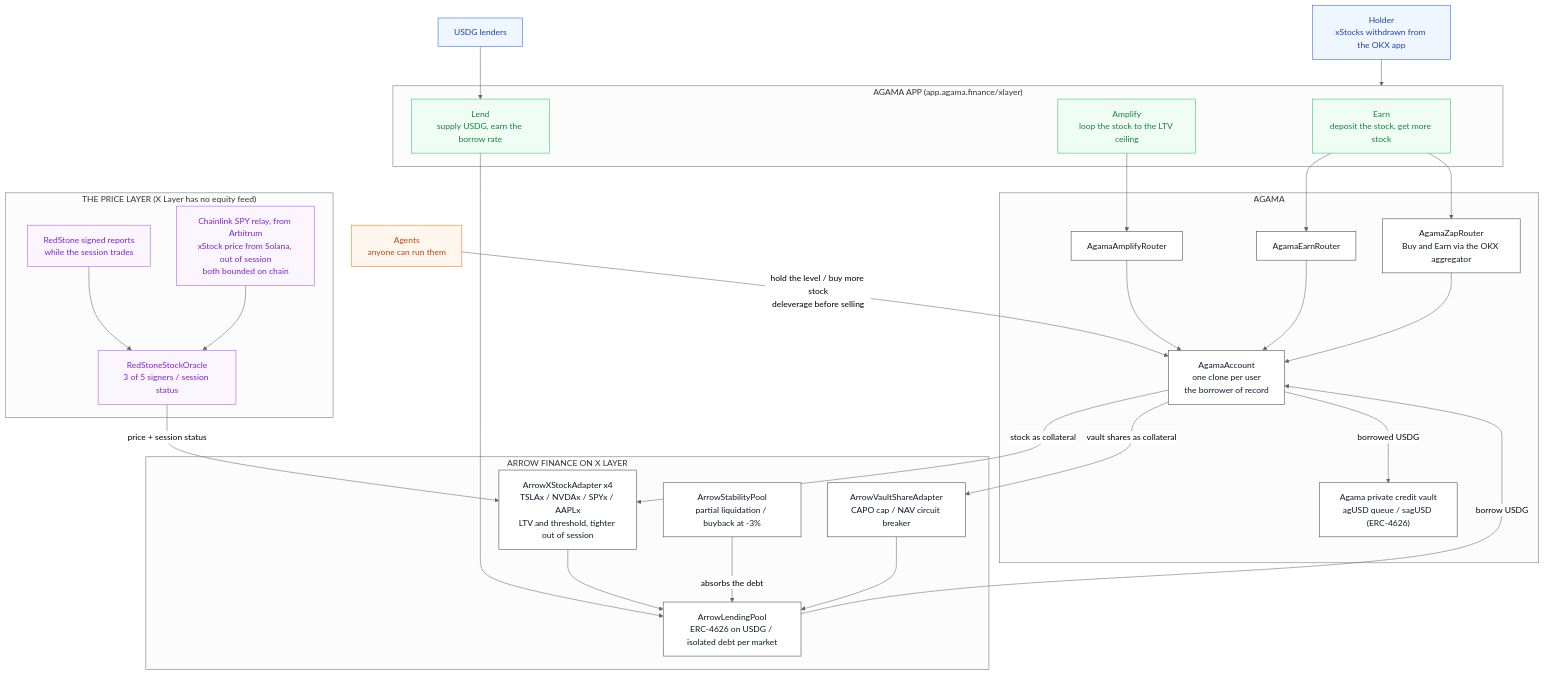
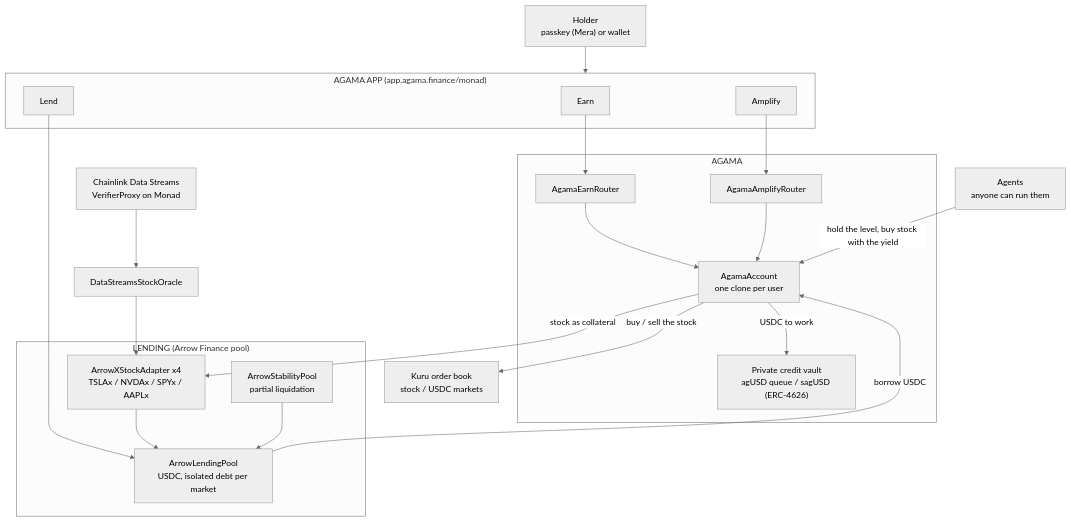
One commit to agamafinance/agama-monad changed the diagram in README.md. Above: the diagram before and after it, drawn with Mermaid (neutral theme). The commit also changed other lines of this file, not shown here.

Commit message:
docs: README for Monad, with the Chainlink, Kuru and CRE pieces and their proofs

````diff
--- a/README.md
+++ b/README.md
@@ -20,66 +87,36 @@
 ```mermaid
 flowchart TB
-    USER["Holder<br/>xStocks withdrawn from the OKX app"]
-
-    subgraph app["AGAMA APP (app.agama.finance/xlayer)"]
-        EARN["Earn<br/>deposit the stock, get more stock"]
-        AMP["Amplify<br/>loop the stock to the LTV ceiling"]
-        LEND["Lend<br/>supply USDG, earn the borrow rate"]
+    USER["Holder<br/>passkey (Mera) or wallet"]
+    subgraph app["AGAMA APP (app.agama.finance/monad)"]
+        EARN["Earn"]
+        AMP["Amplify"]
+        LEND["Lend"]
     end
-
     subgraph agama["AGAMA"]
         ER["AgamaEarnRouter"]
         AR["AgamaAmplifyRouter"]
-        ZR["AgamaZapRouter<br/>Buy and Earn via the OKX aggregator"]
-        AC["AgamaAccount<br/>one clone per user<br/>the borrower of record"]
-        VAULT["Agama private credit vault<br/>agUSD queue / sagUSD (ERC-4626)"]
+        AC["AgamaAccount<br/>one clone per user"]
+        VAULT["Private credit vault<br/>agUSD queue / sagUSD (ERC-4626)"]
     end
-
-    subgraph arrow["ARROW FINANCE ON X LAYER"]
-        POOL["ArrowLendingPool<br/>ERC-4626 on USDG / isolated debt per market"]
-        XA["ArrowXStockAdapter x4<br/>TSLAx / NVDAx / SPYx / AAPLx<br/>LTV and threshold, tighter out of session"]
-        VA["ArrowVaultShareAdapter<br/>CAPO cap / NAV circuit breaker"]
-        SP["ArrowStabilityPool<br/>partial liquidation / buyback at -3%"]
+    subgraph arrow["LENDING (Arrow Finance pool)"]
+        POOL["ArrowLendingPool<br/>USDC, isolated debt per market"]
+        XA["ArrowXStockAdapter x4<br/>TSLAx / NVDAx / SPYx / AAPLx"]
+        SP["ArrowStabilityPool<br/>partial liquidation"]
     end
-
-    subgraph price["THE PRICE LAYER (X Layer has no equity feed)"]
-        ORACLE["RedStoneStockOracle<br/>3 of 5 signers / session status"]
-        RS["RedStone signed reports<br/>while the session trades"]
-        CL["Chainlink SPY relay, from Arbitrum<br/>xStock price from Solana, out of session<br/>both bounded on chain"]
-    end
-
+    KURU["Kuru order book<br/>stock / USDC markets"]
+    ORACLE["DataStreamsStockOracle"]
+    CL["Chainlink Data Streams<br/>VerifierProxy on Monad"]
     AGENTS["Agents<br/>anyone can run them"]
-    LENDERS["USDG lenders"]
 
     USER --> app
-    EARN --> ER
-    AMP --> AR
-    EARN --> ZR
-    ER --> AC
-    AR --> AC
-    ZR --> AC
-    AC -->|"stock as collateral"| XA
-    AC -->|"vault shares as collateral"| VA
-    AC -->|"borrowed USDG"| VAULT
-    XA --> POOL
-    VA --> POOL
-    POOL -->|"borrow USDG"| AC
-    LENDERS --> LEND --> POOL
-    SP -->|"absorbs the debt"| POOL
-    AGENTS -->|"hold the level / buy more stock<br/>deleverage before selling"| AC
-    RS --> ORACLE
-    CL --> ORACLE
-    ORACLE -->|"price + session status"| XA
-
-    classDef actor fill:#eff6ff,stroke:#2563eb,color:#1e40af
-    classDef product fill:#f0fdf4,stroke:#22c55e,color:#15803d
-    classDef core fill:#ffffff,stroke:#374151,color:#111827
-    classDef oracle fill:#faf5ff,stroke:#a855f7,color:#7e22ce
-    classDef bot fill:#fff7ed,stroke:#f97316,color:#c2410c
-
-    class USER,LENDERS actor
-    class EARN,AMP,LEND product
-    class ER,AR,ZR,AC,VAULT,POOL,XA,VA,SP core
-    class ORACLE,RS,CL oracle
-    class AGENTS bot
+    EARN --> ER --> AC
+    AMP --> AR --> AC
+    LEND --> POOL
+    AC -->|"stock as collateral"| XA --> POOL
+    POOL -->|"borrow USDC"| AC
+    AC -->|"USDC to work"| VAULT
+    AC -->|"buy / sell the stock"| KURU
+    SP --> POOL
+    AGENTS -->|"hold the level, buy stock with the yield"| AC
+    CL --> ORACLE --> XA
 ```
````
